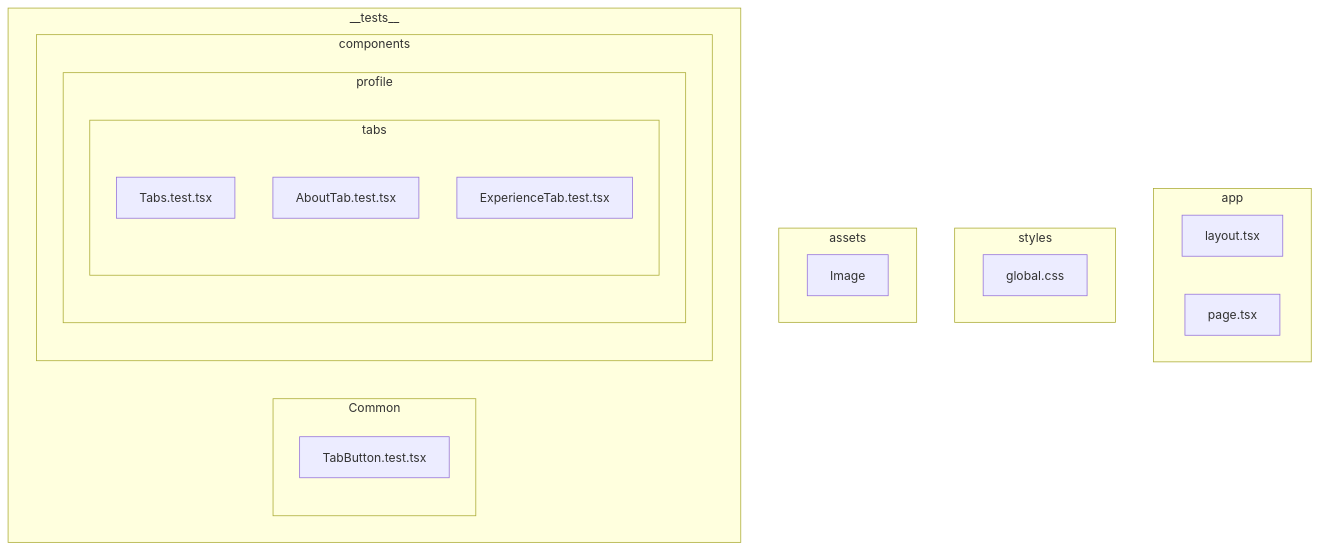
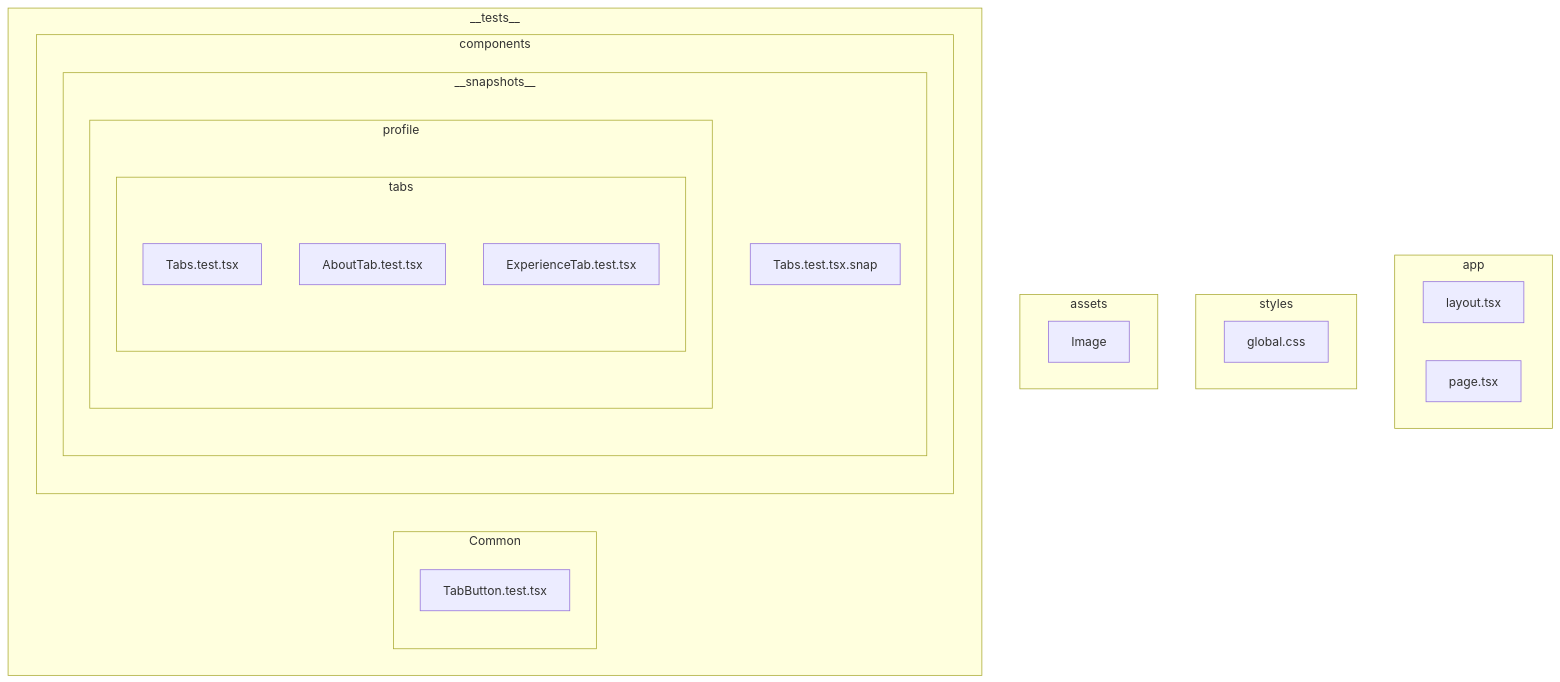
Before and after one commit to Chen-Abudi/my-profile-card: the second of 2 diagrams in README.md, drawn with Mermaid.

````diff
--- a/README.md
+++ b/README.md
@@ -69,34 +69,37 @@
 ```mermaid
 
 flowchart TD
   subgraph app
     layout[layout.tsx]
     page[page.tsx]
   end
 
   subgraph styles
     globalcss[global.css]
   end
 
   subgraph assets
     image[Image]
   end
 
   subgraph __tests__
     subgraph Common
       tabbuttontest[TabButton.test.tsx]
     end
 
     subgraph components
-      subgraph profile
-        subgraph tabs
-          tabstest[Tabs.test.tsx]
-          abouttabtest[AboutTab.test.tsx]
-          experiencetabtest[ExperienceTab.test.tsx]
+      subgraph __snapshots__
+        tabstestsnap[Tabs.test.tsx.snap]
+        subgraph profile
+          subgraph tabs
+            tabstest[Tabs.test.tsx]
+            abouttabtest[AboutTab.test.tsx]
+            experiencetabtest[ExperienceTab.test.tsx]
+            end
         end
       end
     end
   end
 
 
 ```
````
